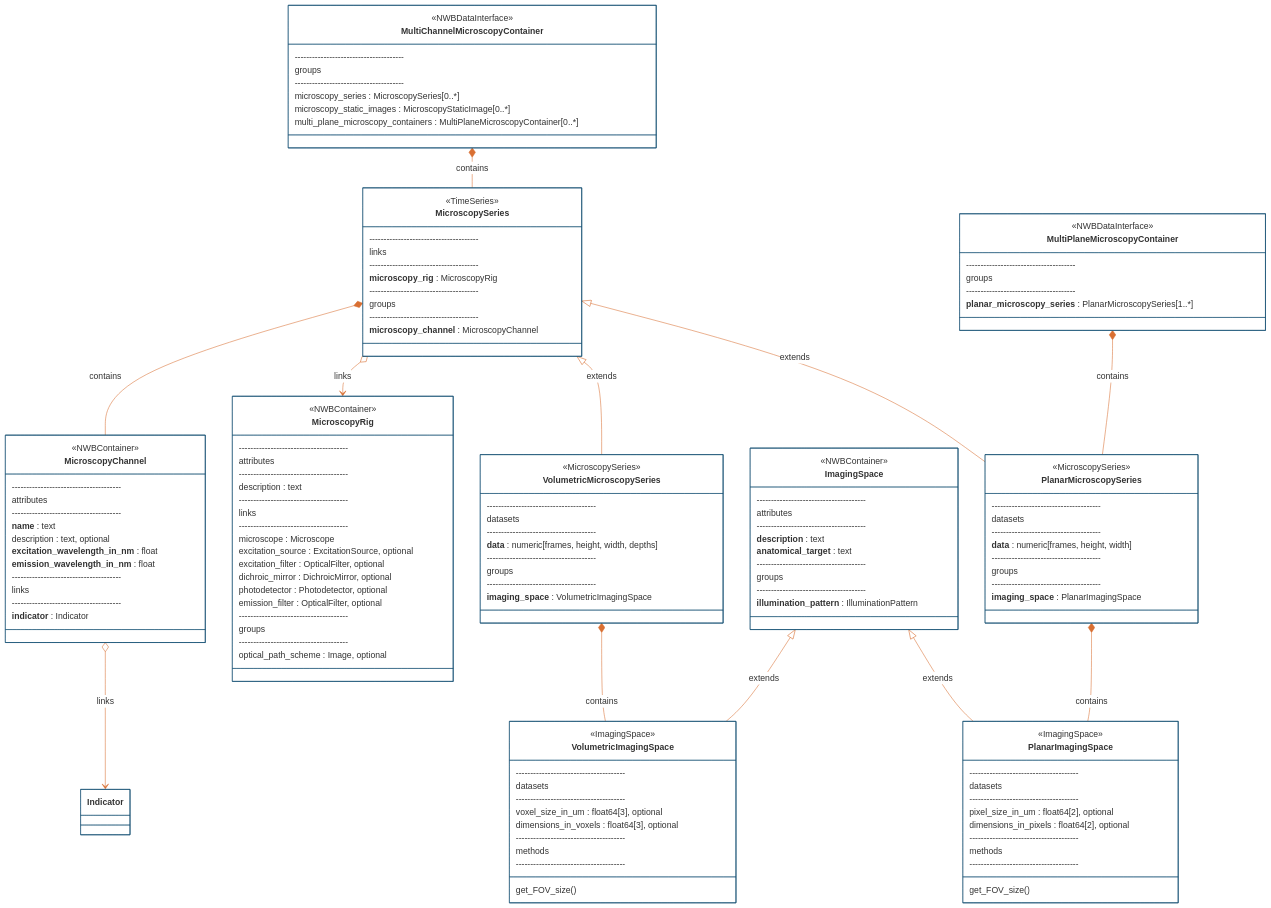
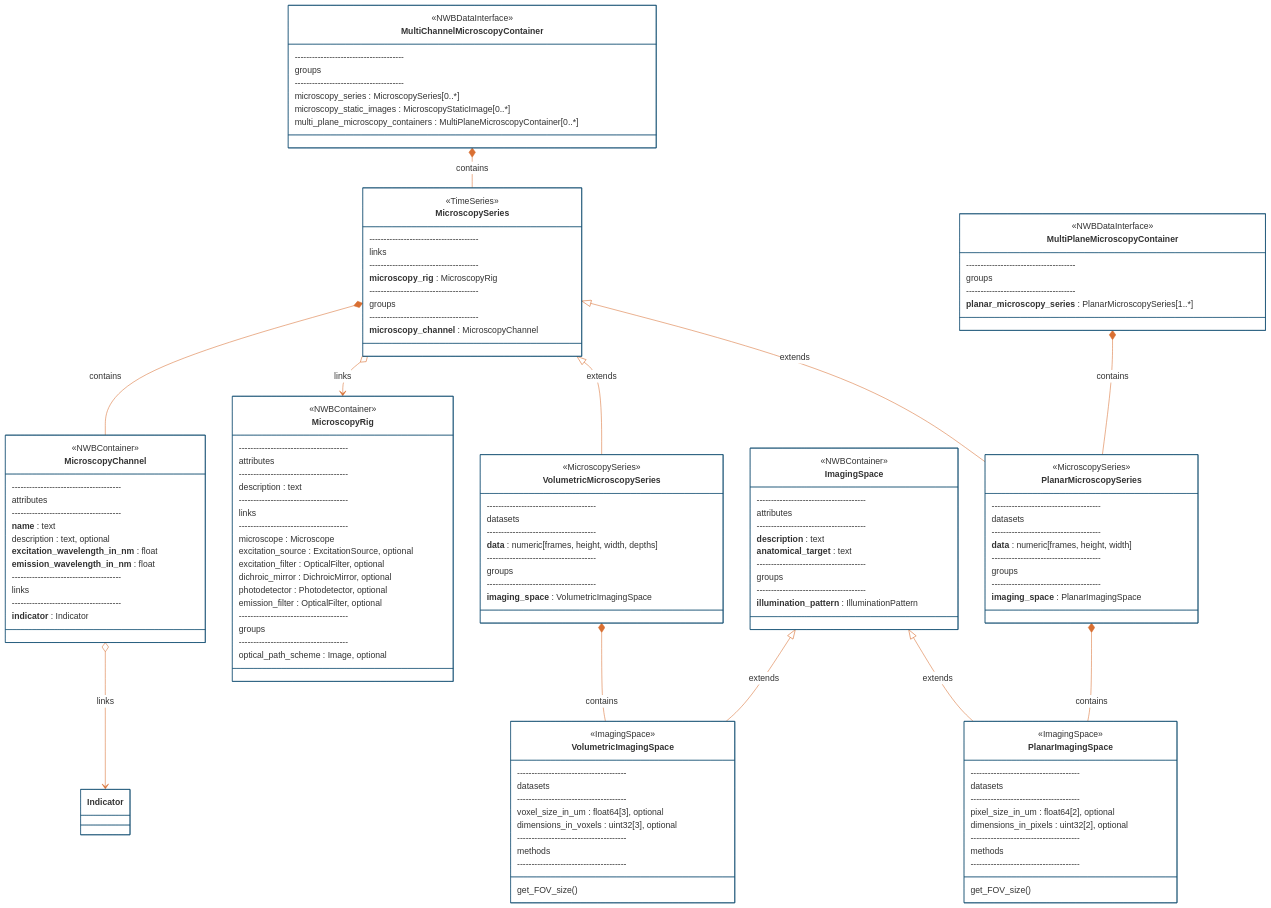
The third of 4 diagrams in README.md (catalystneuro/ndx-microscopy), drawn with Mermaid before and after one commit. The commit also changed other lines of this file and 3 other files, not shown here.

```diff
--- a/README.md
+++ b/README.md
@@ -334,7 +334,7 @@
         datasets
         --------------------------------------
         pixel_size_in_um : float64[2], optional
-        dimensions_in_pixels : float64[2], optional 
+        dimensions_in_pixels : uint32[2], optional
         --------------------------------------
         methods
         --------------------------------------
@@ -347,7 +347,7 @@
         datasets
         --------------------------------------
         voxel_size_in_um : float64[3], optional
-        dimensions_in_voxels : float64[3], optional 
+        dimensions_in_voxels : uint32[3], optional
         --------------------------------------
         methods
         --------------------------------------
```
